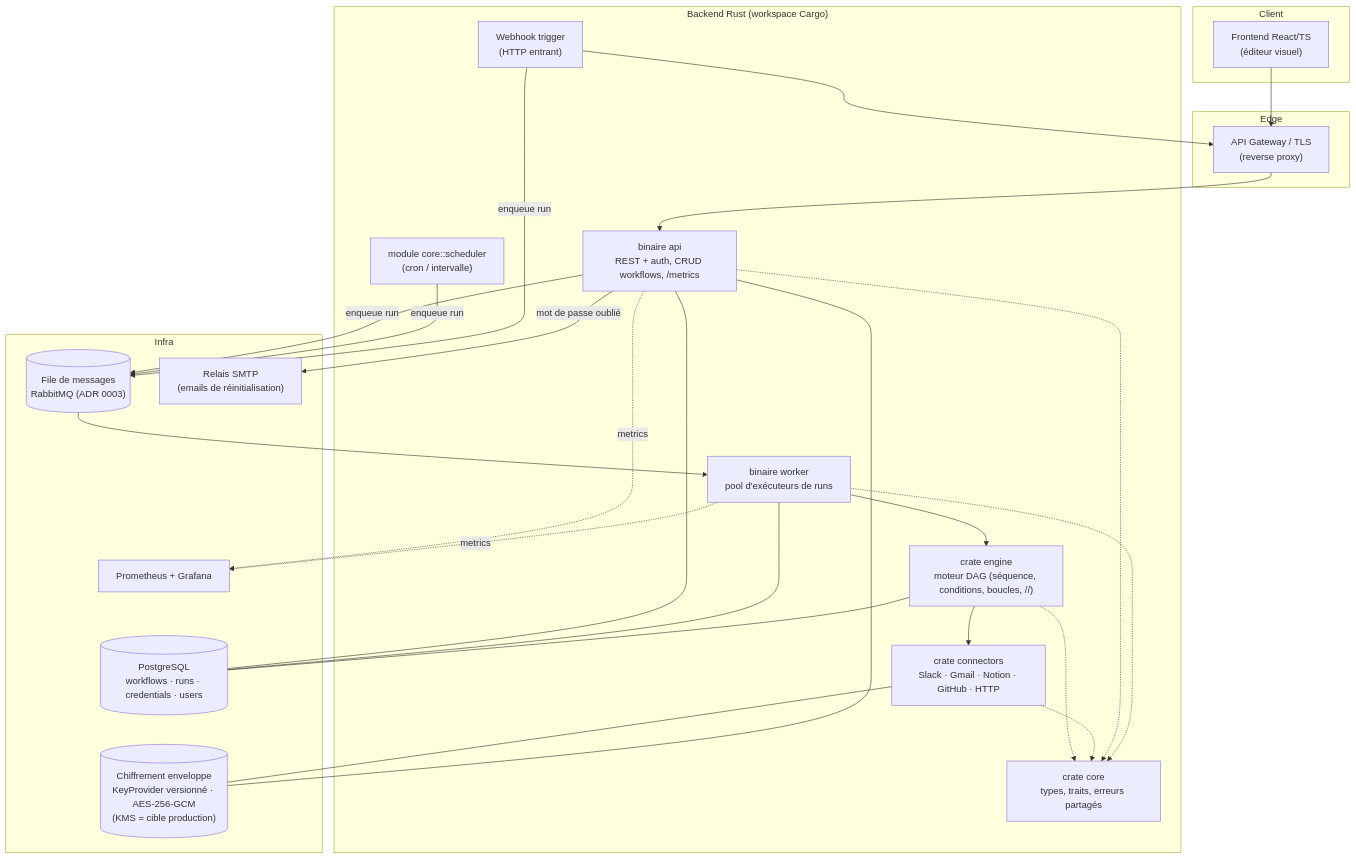
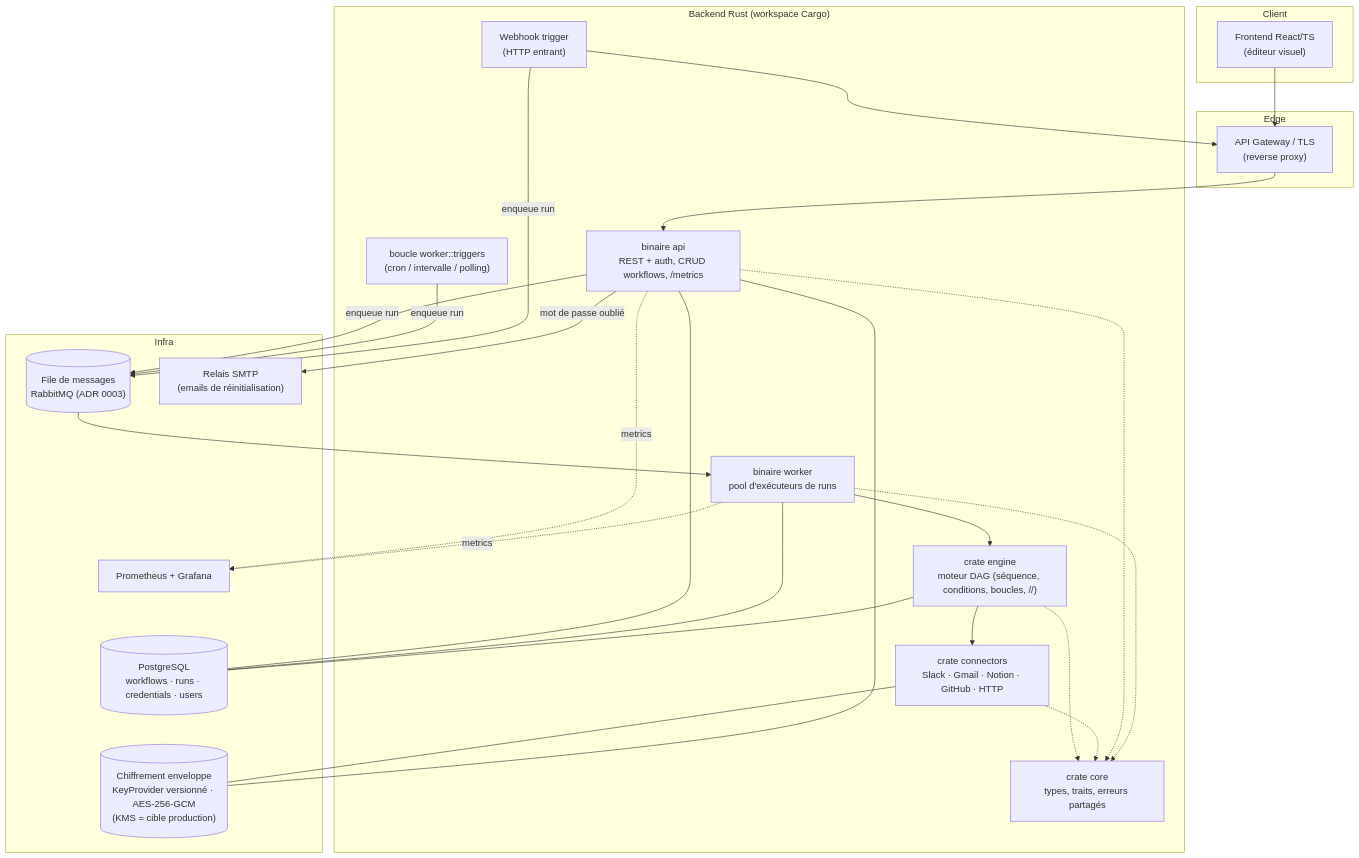
Before and after one commit to TheDarkMac/autome: the first of 5 diagrams in docs/ARCHITECTURE.md, drawn with Mermaid. The commit also changed other lines of this file and 3 other files, not shown here.

First line of the commit message:
docs: déclencheurs planifiés cron, intervalle et polling (#227) [backlog-trigger-scheduler]

````diff
--- a/docs/ARCHITECTURE.md
+++ b/docs/ARCHITECTURE.md
@@ -45,48 +45,48 @@
 ```mermaid
 flowchart TB
   subgraph Client
     UI["Frontend React/TS<br/>(éditeur visuel)"]
   end
 
   subgraph Edge
     GW["API Gateway / TLS<br/>(reverse proxy)"]
   end
 
   subgraph Backend["Backend Rust (workspace Cargo)"]
     API["binaire api<br/>REST + auth, CRUD workflows, /metrics"]
-    SCHED["module core::scheduler<br/>(cron / intervalle)"]
+    SCHED["boucle worker::triggers<br/>(cron / intervalle / polling)"]
     WHK["Webhook trigger<br/>(HTTP entrant)"]
     WK["binaire worker<br/>pool d'exécuteurs de runs"]
     ENG["crate engine<br/>moteur DAG (séquence, conditions, boucles, //)"]
     CONN["crate connectors<br/>Slack · Gmail · Notion · GitHub · HTTP"]
     CORE["crate core<br/>types, traits, erreurs partagés"]
   end
 
   subgraph Infra
     Q[("File de messages<br/>RabbitMQ (ADR 0003)")]
     DB[("PostgreSQL<br/>workflows · runs · credentials · users")]
     SEC[("Chiffrement enveloppe<br/>KeyProvider versionné · AES-256-GCM<br/>(KMS = cible production)")]
     OBS["Prometheus + Grafana"]
     SMTP["Relais SMTP<br/>(emails de réinitialisation)"]
   end
 
   UI --> GW --> API
   WHK --> GW
   API -->|enqueue run| Q
   SCHED -->|enqueue run| Q
   WHK -->|enqueue run| Q
   Q --> WK
   WK --> ENG
   ENG --> CONN
   API --- DB
   WK --- DB
   ENG --- DB
   CONN --- SEC
   API --- SEC
   API -->|mot de passe oublié| SMTP
   API & WK -.metrics.-> OBS
   ENG -.-> CORE
   CONN -.-> CORE
   API -.-> CORE
   WK -.-> CORE
 ```
````
